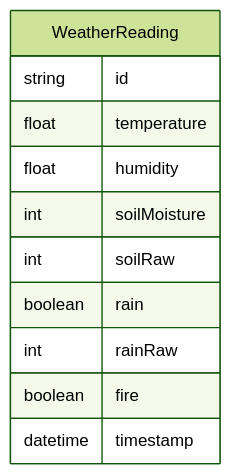
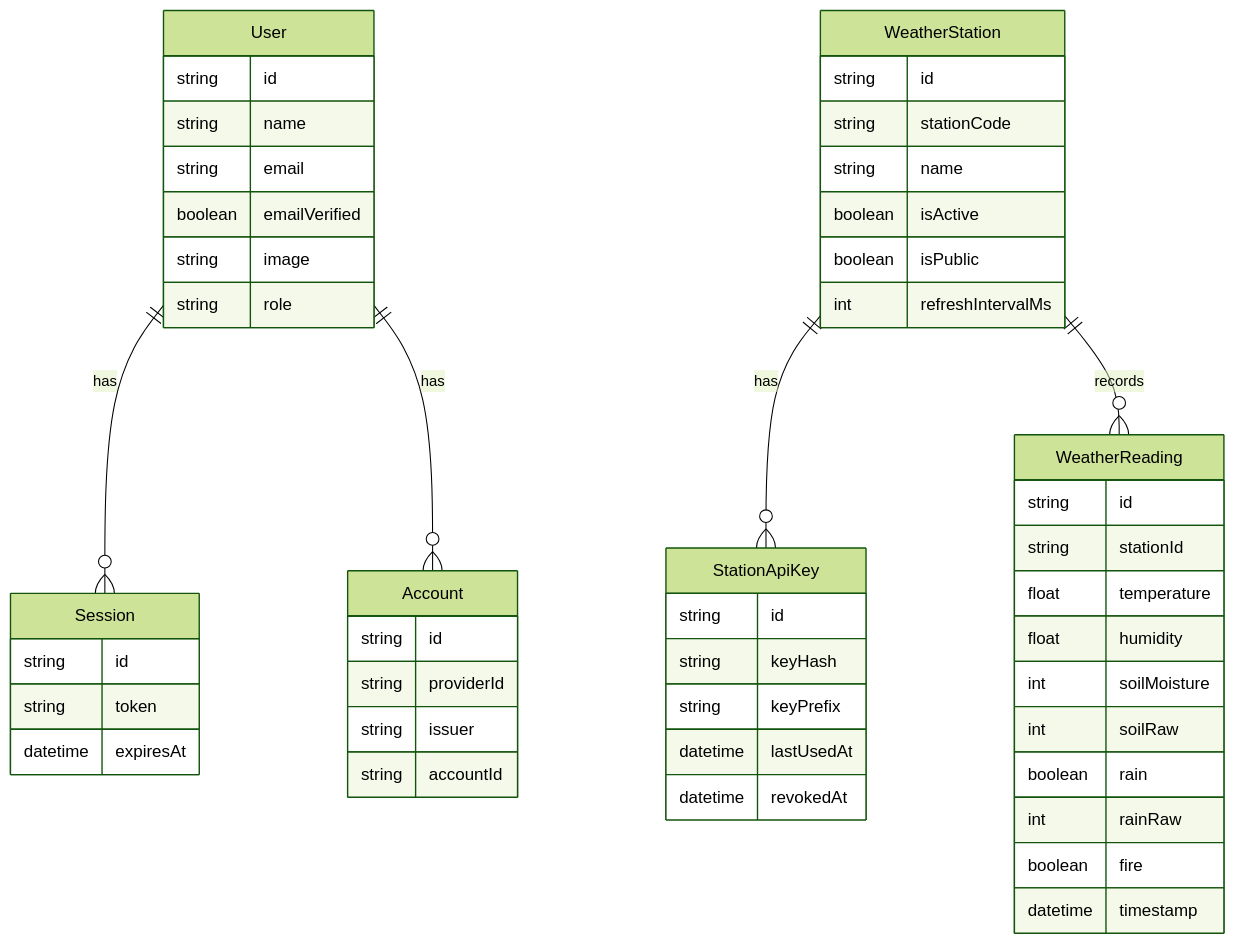
Before and after one commit to Sivothajan/weather-man2: the fifth of 6 diagrams in docs/diagrams.md, drawn with Mermaid (forest theme). The commit also changed other lines of this file and 11 other files, not shown here.

````diff
--- a/docs/diagrams.md
+++ b/docs/diagrams.md
@@ -74,14 +93,54 @@
 ```mermaid
 erDiagram
+  User ||--o{ Session : has
+  User ||--o{ Account : has
+  WeatherStation ||--o{ StationApiKey : has
+  WeatherStation ||--o{ WeatherReading : records
+
+  User {
+    string id
+    string name
+    string email
+    boolean emailVerified
+    string image
+    string role
+  }
+  Session {
+    string id
+    string token
+    datetime expiresAt
+  }
+  Account {
+    string id
+    string providerId
+    string issuer
+    string accountId
+  }
+  WeatherStation {
+    string id
+    string stationCode
+    string name
+    boolean isActive
+    boolean isPublic
+    int refreshIntervalMs
+  }
+  StationApiKey {
+    string id
+    string keyHash
+    string keyPrefix
+    datetime lastUsedAt
+    datetime revokedAt
+  }
   WeatherReading {
     string id
+    string stationId
     float temperature
     float humidity
     int soilMoisture
     int soilRaw
     boolean rain
     int rainRaw
     boolean fire
     datetime timestamp
   }
 ```
````
